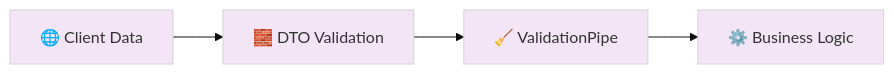
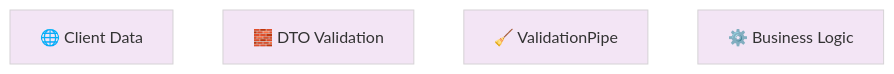
Before and after one commit to alvianzf/introduction-to-nest: the third of 5 diagrams in CODEBASE_ANALYSIS.md, drawn with Mermaid. The commit also changed other lines of this file and 2 other files, not shown here.

Commit message:
Enhance Mermaid diagram visibility: Set lines and edges to white

````diff
--- a/CODEBASE_ANALYSIS.md
+++ b/CODEBASE_ANALYSIS.md
@@ -44,7 +44,7 @@
 ```mermaid
-%%{init: {'theme': 'base', 'themeVariables': { 'primaryColor': '#f3e5f5', 'edgeColor': '#4a148c', 'tertiaryColor': '#e8f5e9'}}}%%
+%%{init: {'theme': 'base', 'themeVariables': { 'primaryColor': '#f3e5f5', 'edgeColor': '#ffffff', 'tertiaryColor': '#e8f5e9', 'lineColor': '#ffffff'}}}%%
 flowchart LR
     Client[🌐 Client Data] --> DTO[🧱 DTO Validation]
     DTO --> Filter[🧹 ValidationPipe]
     Filter --> Service[⚙️ Business Logic]
 ```
````
